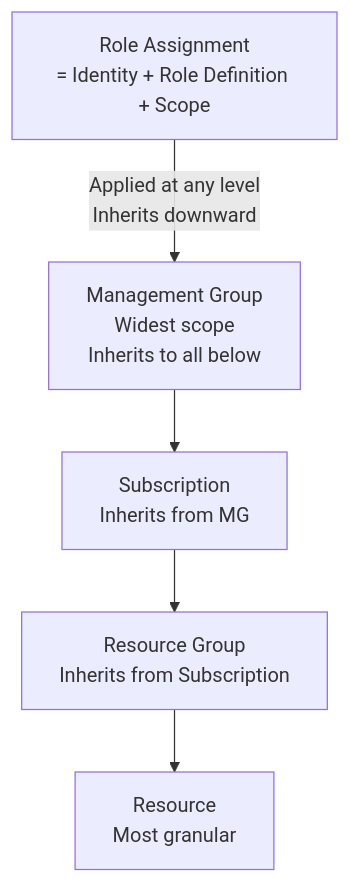
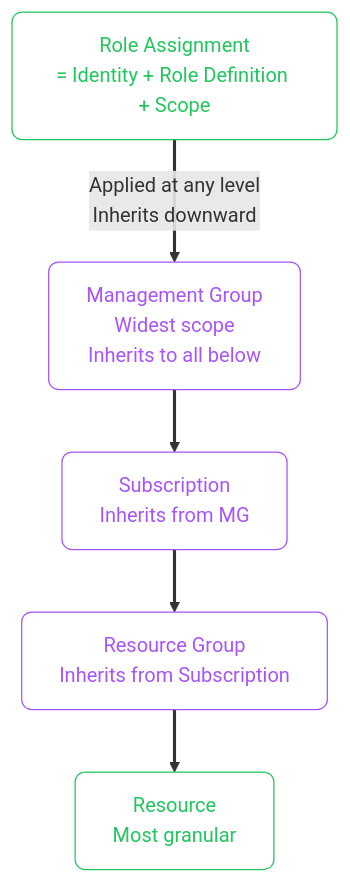
One commit to zafarale/cloudification changed the first of 7 diagrams in src/content/cloud/azure/03-securing-your-system.mdx. Above: the diagram before and after it, drawn with Mermaid. The commit also changed other lines of this file and 84 other files, not shown here.

````diff
--- a/src/content/cloud/azure/03-securing-your-system.mdx
+++ b/src/content/cloud/azure/03-securing-your-system.mdx
@@ -36,12 +36,18 @@
 ```mermaid
 flowchart TD
-    MG["Management Group\nWidest scope\nInherits to all below"]
-    SUB["Subscription\nInherits from MG"]
-    RG["Resource Group\nInherits from Subscription"]
-    RES["Resource\nMost granular"]
+    accTitle: RBAC Scope Hierarchy
+    accDescr: Flowchart (td) showing Management Group Widest scope Inherits to all below, Subscription Inherits from MG, Resource Group Inherits from Subscription
+    classDef step fill:none,stroke:#a855f7,color:#a855f7,rx:8,ry:8
+    classDef ok   fill:none,stroke:#22c55e,color:#22c55e,rx:8,ry:8
+    linkStyle default stroke-width:2.5px
 
-    ROLE["Role Assignment\n= Identity + Role Definition + Scope"]
+    MG["Management Group<br/>Widest scope<br/>Inherits to all below"]:::step
+    SUB["Subscription<br/>Inherits from MG"]:::step
+    RG["Resource Group<br/>Inherits from Subscription"]:::step
+    RES["Resource<br/>Most granular"]:::ok
+
+    ROLE["Role Assignment<br/>= Identity + Role Definition + Scope"]:::ok
 
     MG --> SUB --> RG --> RES
-    ROLE -- "Applied at any level\nInherits downward" --> MG
+    ROLE -- "Applied at any level<br/>Inherits downward" --> MG
 ```
````
